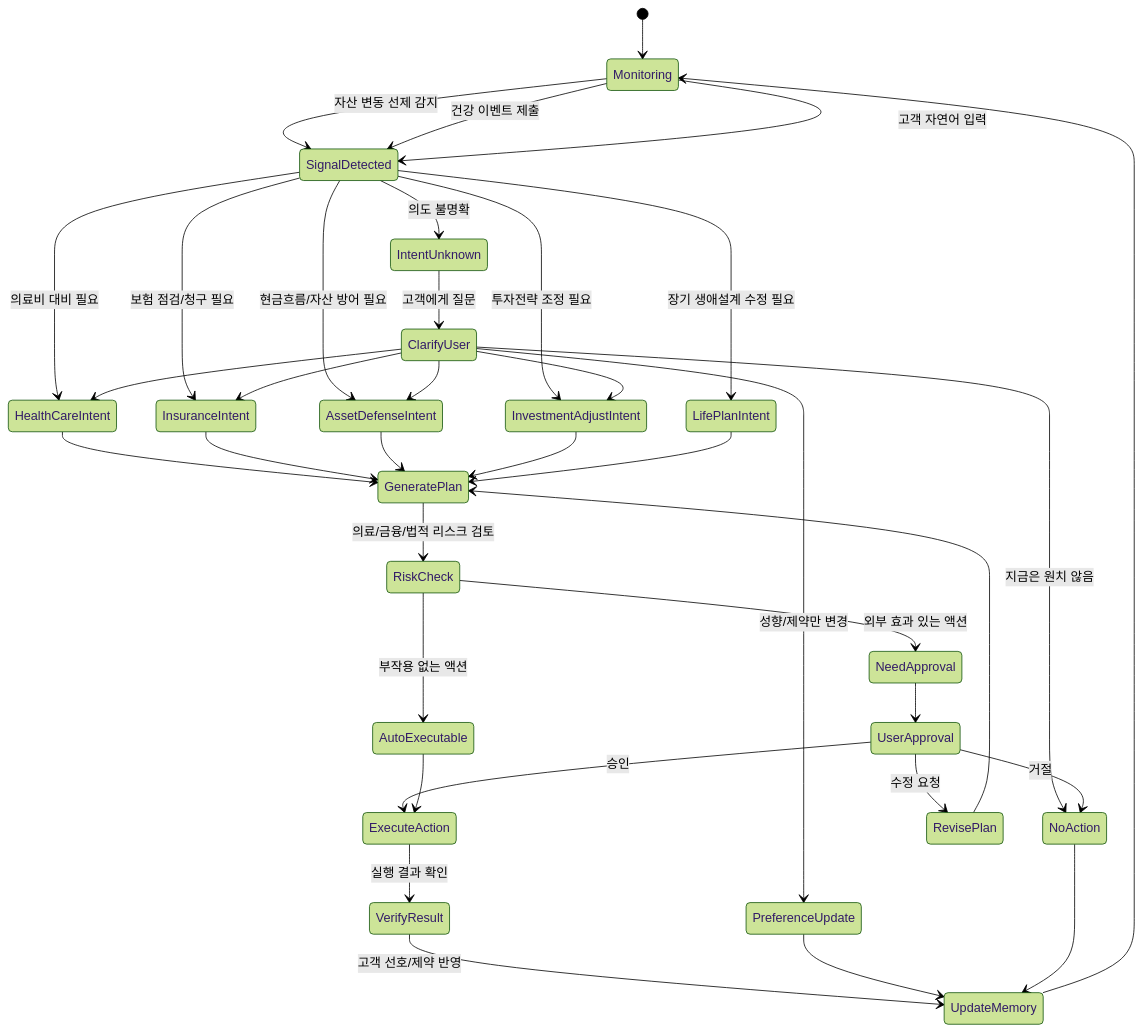
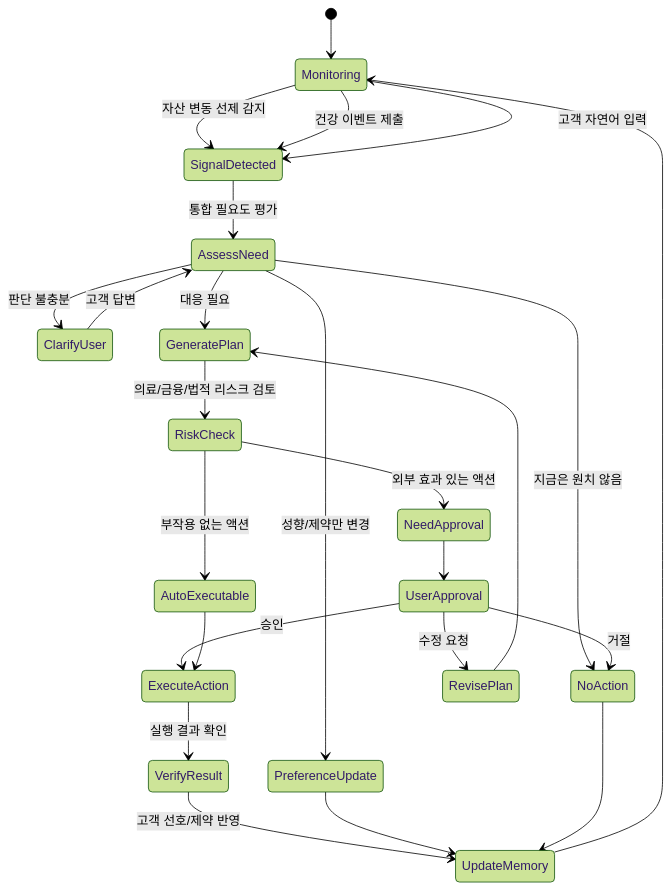
The second of 4 diagrams in README.md (YoonMin02/JB-WM-backend), drawn with Mermaid (forest theme) before and after one commit. The commit also changed other lines of this file and 39 other files, not shown here.

Commit message:
refactor: replace intent routing with need assessment

````diff
--- a/README.md
+++ b/README.md
@@ -90,47 +88,34 @@
 ```mermaid
 stateDiagram-v2
     [*] --> Monitoring
 
     Monitoring --> SignalDetected: 자산 변동 선제 감지
     Monitoring --> SignalDetected: 건강 이벤트 제출
     Monitoring --> SignalDetected: 고객 자연어 입력
 
-    SignalDetected --> IntentUnknown: 의도 불명확
-    SignalDetected --> HealthCareIntent: 의료비 대비 필요
-    SignalDetected --> InsuranceIntent: 보험 점검/청구 필요
-    SignalDetected --> AssetDefenseIntent: 현금흐름/자산 방어 필요
-    SignalDetected --> InvestmentAdjustIntent: 투자전략 조정 필요
-    SignalDetected --> LifePlanIntent: 장기 생애설계 수정 필요
+    SignalDetected --> AssessNeed: 통합 필요도 평가
 
-    IntentUnknown --> ClarifyUser: 고객에게 질문
-    ClarifyUser --> HealthCareIntent
-    ClarifyUser --> InsuranceIntent
-    ClarifyUser --> AssetDefenseIntent
-    ClarifyUser --> InvestmentAdjustIntent
-    ClarifyUser --> PreferenceUpdate: 성향/제약만 변경
-    ClarifyUser --> NoAction: 지금은 원치 않음
-
-    HealthCareIntent --> GeneratePlan
-    InsuranceIntent --> GeneratePlan
-    AssetDefenseIntent --> GeneratePlan
-    InvestmentAdjustIntent --> GeneratePlan
-    LifePlanIntent --> GeneratePlan
+    AssessNeed --> ClarifyUser: 판단 불충분
+    ClarifyUser --> AssessNeed: 고객 답변
+    AssessNeed --> PreferenceUpdate: 성향/제약만 변경
+    AssessNeed --> NoAction: 지금은 원치 않음
+    AssessNeed --> GeneratePlan: 대응 필요
 
     GeneratePlan --> RiskCheck: 의료/금융/법적 리스크 검토
     RiskCheck --> AutoExecutable: 부작용 없는 액션
     RiskCheck --> NeedApproval: 외부 효과 있는 액션
 
     NeedApproval --> UserApproval
     UserApproval --> ExecuteAction: 승인
     UserApproval --> RevisePlan: 수정 요청
     UserApproval --> NoAction: 거절
     RevisePlan --> GeneratePlan
 
     AutoExecutable --> ExecuteAction
 
     ExecuteAction --> VerifyResult: 실행 결과 확인
     VerifyResult --> UpdateMemory: 고객 선호/제약 반영
     PreferenceUpdate --> UpdateMemory
     NoAction --> UpdateMemory
     UpdateMemory --> Monitoring
 ```
````
